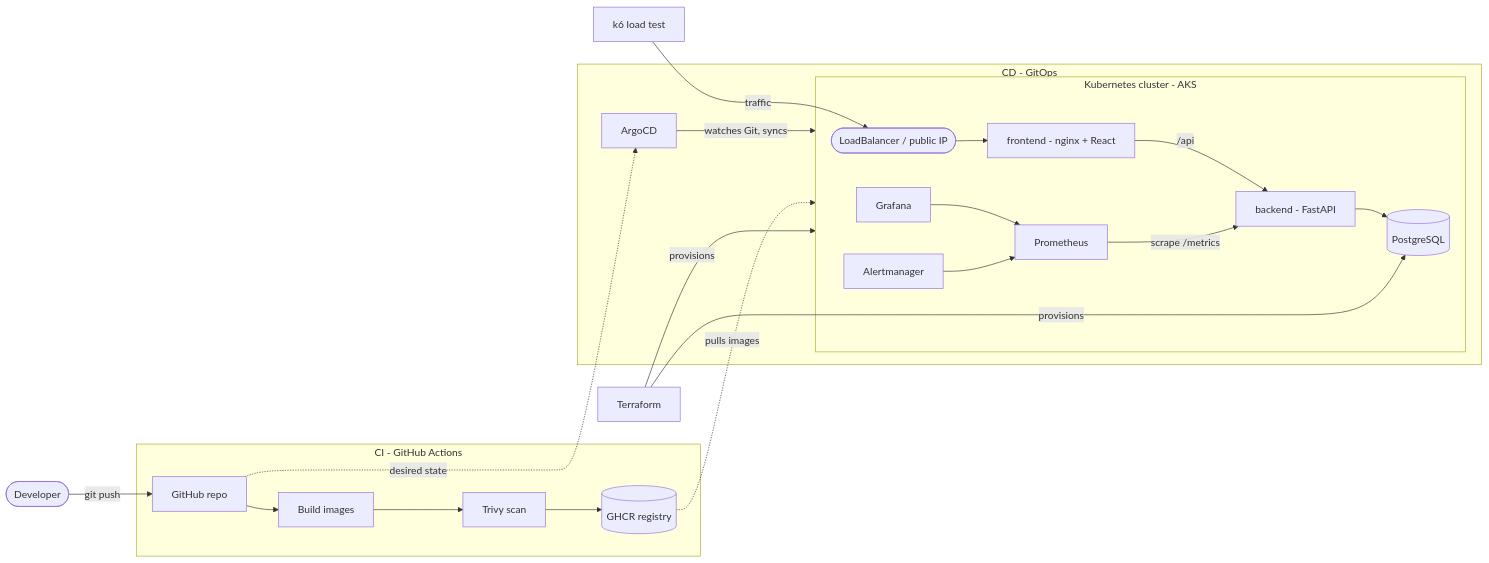
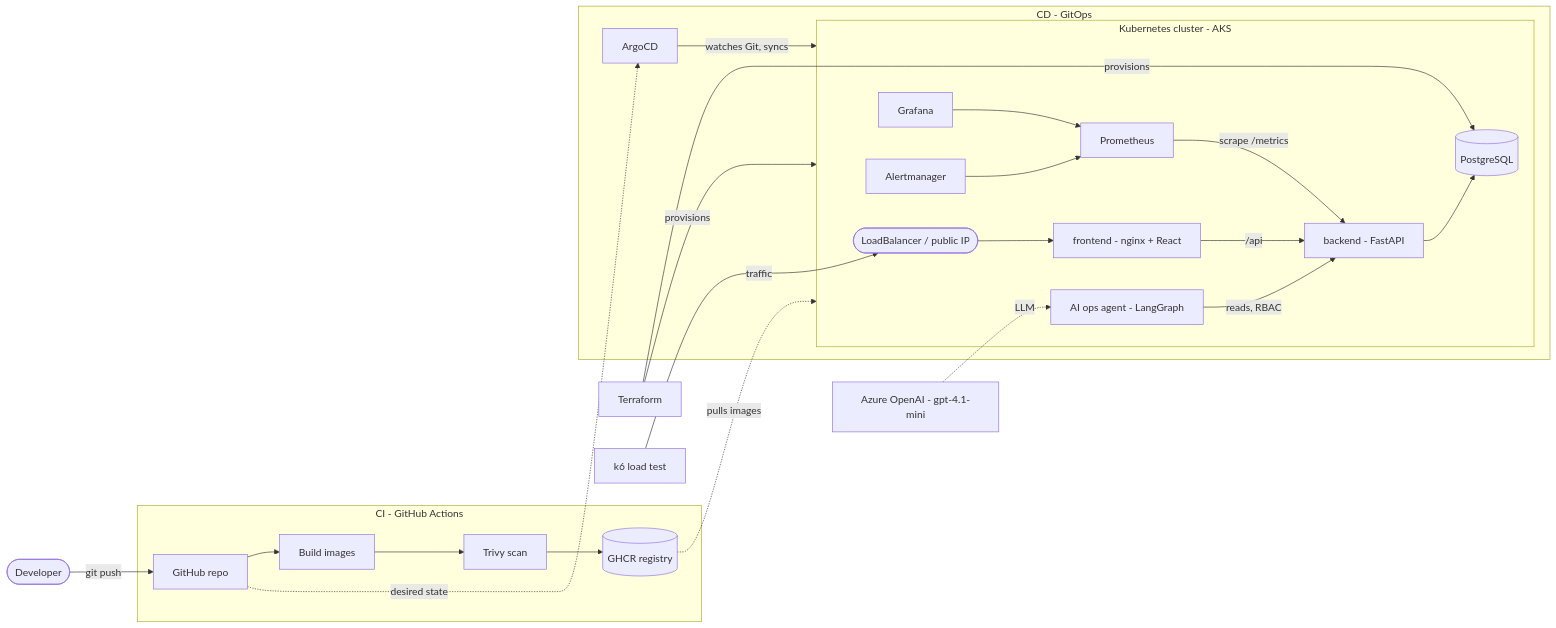
One commit to aibhuyan/shortlink-platform changed the diagram in README.md. Above: the diagram before and after it, drawn with Mermaid. The commit also changed other lines of this file and 1 other file, not shown here.

Commit message:
update README with the AI ops agent + LLMOps dashboard

````diff
--- a/README.md
+++ b/README.md
@@ -27,27 +28,29 @@
 ```mermaid
 flowchart LR
     dev([Developer]) -->|git push| gh[GitHub repo]
 
     subgraph CI[CI - GitHub Actions]
         gh --> build[Build images] --> scan[Trivy scan] --> ghcr[(GHCR registry)]
     end
 
     subgraph CD[CD - GitOps]
         argo[ArgoCD] -->|watches Git, syncs| cluster
         gh -. desired state .-> argo
         ghcr -. pulls images .-> cluster
     end
 
     subgraph cluster[Kubernetes cluster - AKS]
         lb([LoadBalancer / public IP]) --> nginx[frontend - nginx + React]
         nginx -->|/api| api[backend - FastAPI]
         api --> pg[(PostgreSQL)]
         prom[Prometheus] -->|scrape /metrics| api
         graf[Grafana] --> prom
         alert[Alertmanager] --> prom
+        agent[AI ops agent - LangGraph] -->|reads, RBAC| api
     end
 
+    aoai[Azure OpenAI - gpt-4.1-mini] -. LLM .-> agent
     tf[Terraform] -->|provisions| cluster
     tf -->|provisions| pg
     k6[k6 load test] -->|traffic| lb
 ```
````
